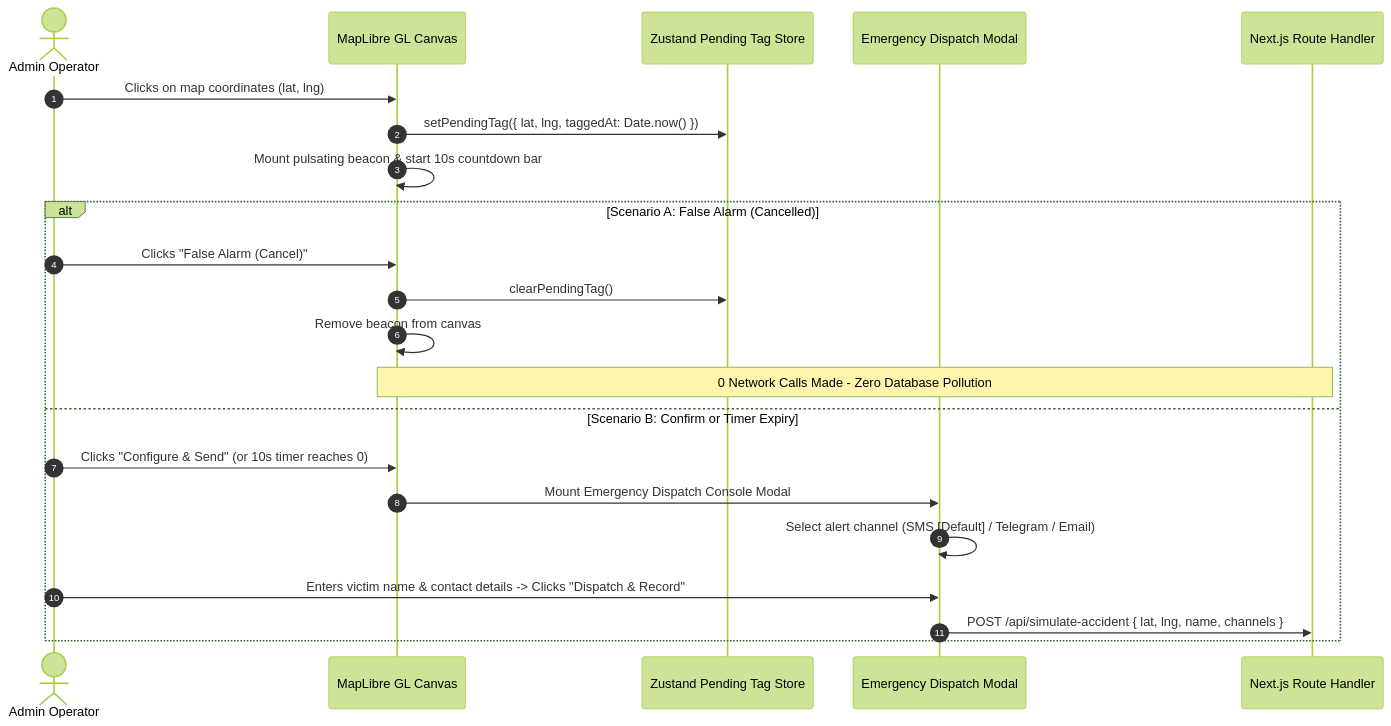
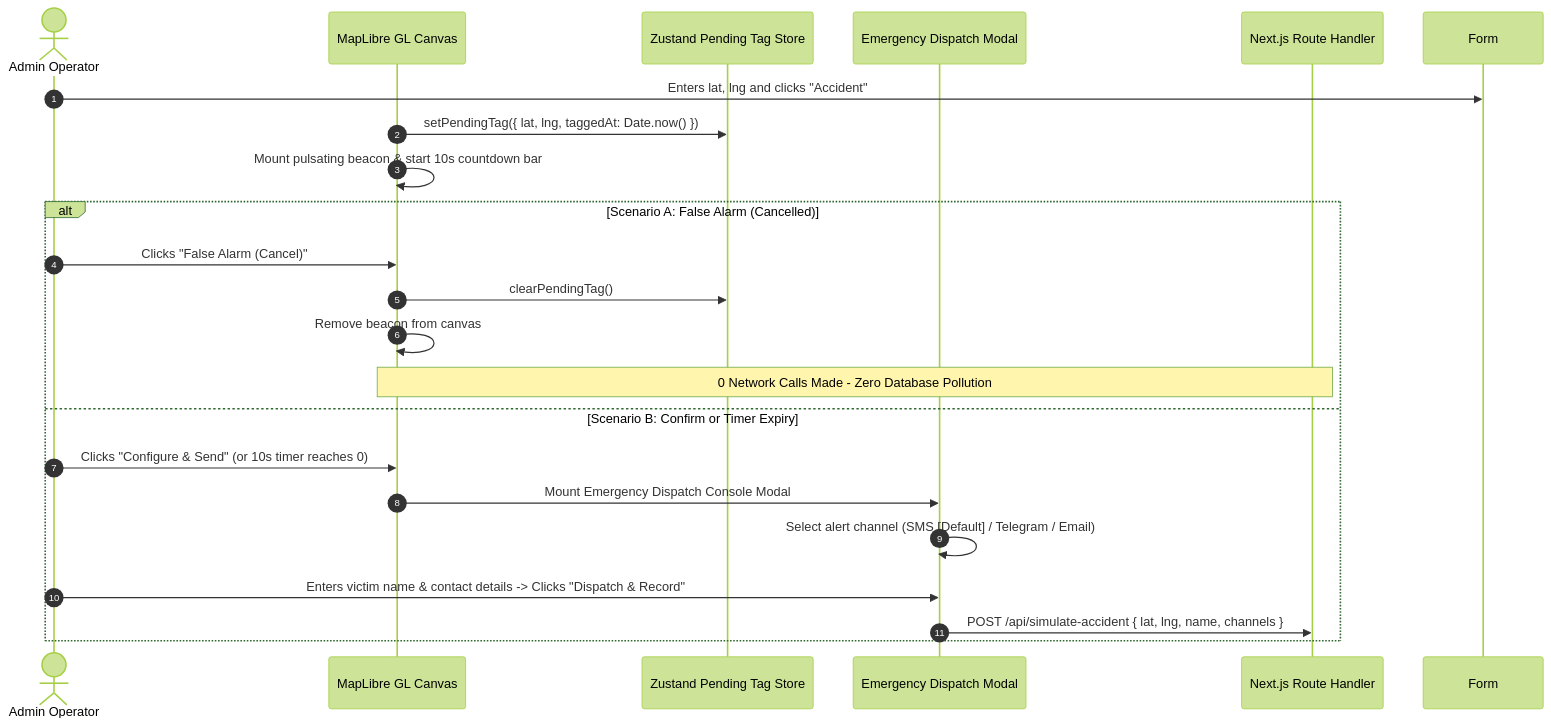
One commit to sagarsarangi/Internalsih changed the second of 4 diagrams in README.md. Above: the diagram before and after it, drawn with Mermaid (forest theme). The commit also changed other lines of this file and 13 other files, not shown here.

````diff
--- a/README.md
+++ b/README.md
@@ -132,26 +133,26 @@
 ```mermaid
 sequenceDiagram
     autonumber
     actor Operator as Admin Operator
     participant Map as MapLibre GL Canvas
     participant Store as Zustand Pending Tag Store
     participant Modal as Emergency Dispatch Modal
     participant API as Next.js Route Handler
 
-    Operator->>Map: Clicks on map coordinates (lat, lng)
+    Operator->>Form: Enters lat, lng and clicks "Accident"
     Map->>Store: setPendingTag({ lat, lng, taggedAt: Date.now() })
     Map->>Map: Mount pulsating beacon & start 10s countdown bar
 
     alt Scenario A: False Alarm (Cancelled)
         Operator->>Map: Clicks "False Alarm (Cancel)"
         Map->>Store: clearPendingTag()
         Map->>Map: Remove beacon from canvas
         Note over Map,API: 0 Network Calls Made - Zero Database Pollution
     else Scenario B: Confirm or Timer Expiry
         Operator->>Map: Clicks "Configure & Send" (or 10s timer reaches 0)
         Map->>Modal: Mount Emergency Dispatch Console Modal
         Modal->>Modal: Select alert channel (SMS [Default] / Telegram / Email)
         Operator->>Modal: Enters victim name & contact details -> Clicks "Dispatch & Record"
         Modal->>API: POST /api/simulate-accident { lat, lng, name, channels }
     end
 ```
````
